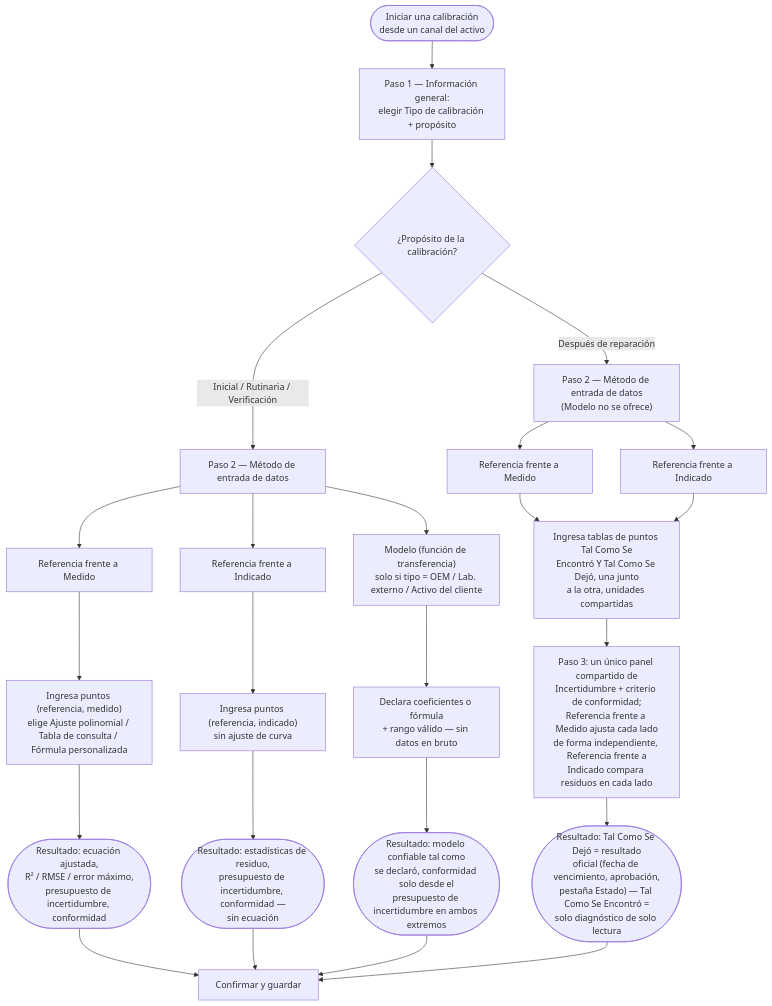
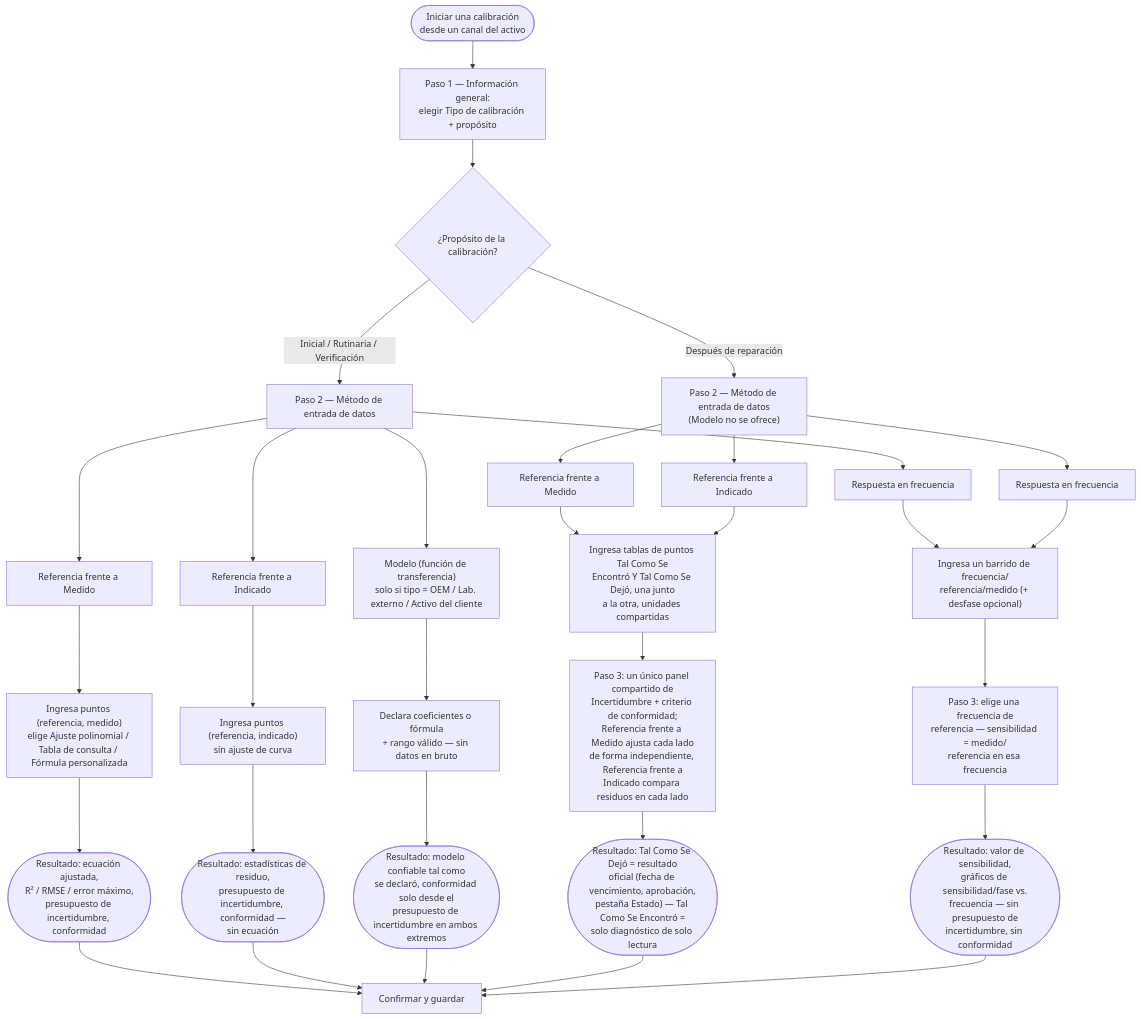
The diagram in apps/docs/content/docs/guide/calibration/overview.es.mdx (open-gauge/open-gauge), drawn with Mermaid before and after one commit. The commit also changed other lines of this file and 55 other files, not shown here.

````diff
--- a/apps/docs/content/docs/guide/calibration/overview.es.mdx
+++ b/apps/docs/content/docs/guide/calibration/overview.es.mdx
@@ -66,34 +69,42 @@
 ```mermaid
 flowchart TD
     Start(["Iniciar una calibración<br/>desde un canal del activo"]) --> Step1["Paso 1 — Información general:<br/>elegir Tipo de calibración + propósito"]
     Step1 --> Purpose{"¿Propósito de la calibración?"}
 
     Purpose -->|"Inicial / Rutinaria / Verificación"| Picker1["Paso 2 — Método de entrada de datos"]
     Purpose -->|"Después de reparación"| Picker2["Paso 2 — Método de entrada de datos<br/>(Modelo no se ofrece)"]
 
     Picker1 --> RVM["Referencia frente a Medido"]
     Picker1 --> RVI["Referencia frente a Indicado"]
     Picker1 --> Model["Modelo (función de transferencia)<br/>solo si tipo = OEM / Lab. externo / Activo del cliente"]
+    Picker1 --> FreqResp["Respuesta en frecuencia"]
 
     Picker2 --> RVMAfter["Referencia frente a Medido"]
     Picker2 --> RVIAfter["Referencia frente a Indicado"]
+    Picker2 --> FreqRespAfter["Respuesta en frecuencia"]
 
     RVM --> RVMEntry["Ingresa puntos (referencia, medido)<br/>elige Ajuste polinomial / Tabla de consulta / Fórmula personalizada"]
     RVMEntry --> RVMOut(["Resultado: ecuación ajustada,<br/>R² / RMSE / error máximo,<br/>presupuesto de incertidumbre, conformidad"])
 
     RVI --> RVIEntry["Ingresa puntos (referencia, indicado)<br/>sin ajuste de curva"]
     RVIEntry --> RVIOut(["Resultado: estadísticas de residuo,<br/>presupuesto de incertidumbre, conformidad —<br/>sin ecuación"])
 
     Model --> ModelEntry["Declara coeficientes o fórmula<br/>+ rango válido — sin datos en bruto"]
     ModelEntry --> ModelOut(["Resultado: modelo confiable tal como<br/>se declaró, conformidad solo desde el<br/>presupuesto de incertidumbre en ambos extremos"])
 
     RVMAfter --> AfalEntry["Ingresa tablas de puntos Tal Como Se<br/>Encontró Y Tal Como Se Dejó, una junto<br/>a la otra, unidades compartidas"]
     RVIAfter --> AfalEntry
     AfalEntry --> AfalCalc["Paso 3: un único panel compartido de<br/>Incertidumbre + criterio de conformidad;<br/>Referencia frente a Medido ajusta cada lado<br/>de forma independiente, Referencia frente a<br/>Indicado compara residuos en cada lado"]
     AfalCalc --> AfalOut(["Resultado: Tal Como Se Dejó = resultado<br/>oficial (fecha de vencimiento, aprobación,<br/>pestaña Estado) — Tal Como Se Encontró =<br/>solo diagnóstico de solo lectura"])
 
+    FreqResp --> FreqEntry["Ingresa un barrido de frecuencia/<br/>referencia/medido (+ desfase opcional)"]
+    FreqRespAfter --> FreqEntry
+    FreqEntry --> FreqCalc["Paso 3: elige una frecuencia de<br/>referencia — sensibilidad = medido/<br/>referencia en esa frecuencia"]
+    FreqCalc --> FreqOut(["Resultado: valor de sensibilidad,<br/>gráficos de sensibilidad/fase vs.<br/>frecuencia — sin presupuesto de<br/>incertidumbre, sin conformidad"])
+
     RVMOut --> Save["Confirmar y guardar"]
     RVIOut --> Save
     ModelOut --> Save
     AfalOut --> Save
+    FreqOut --> Save
 ```
````
